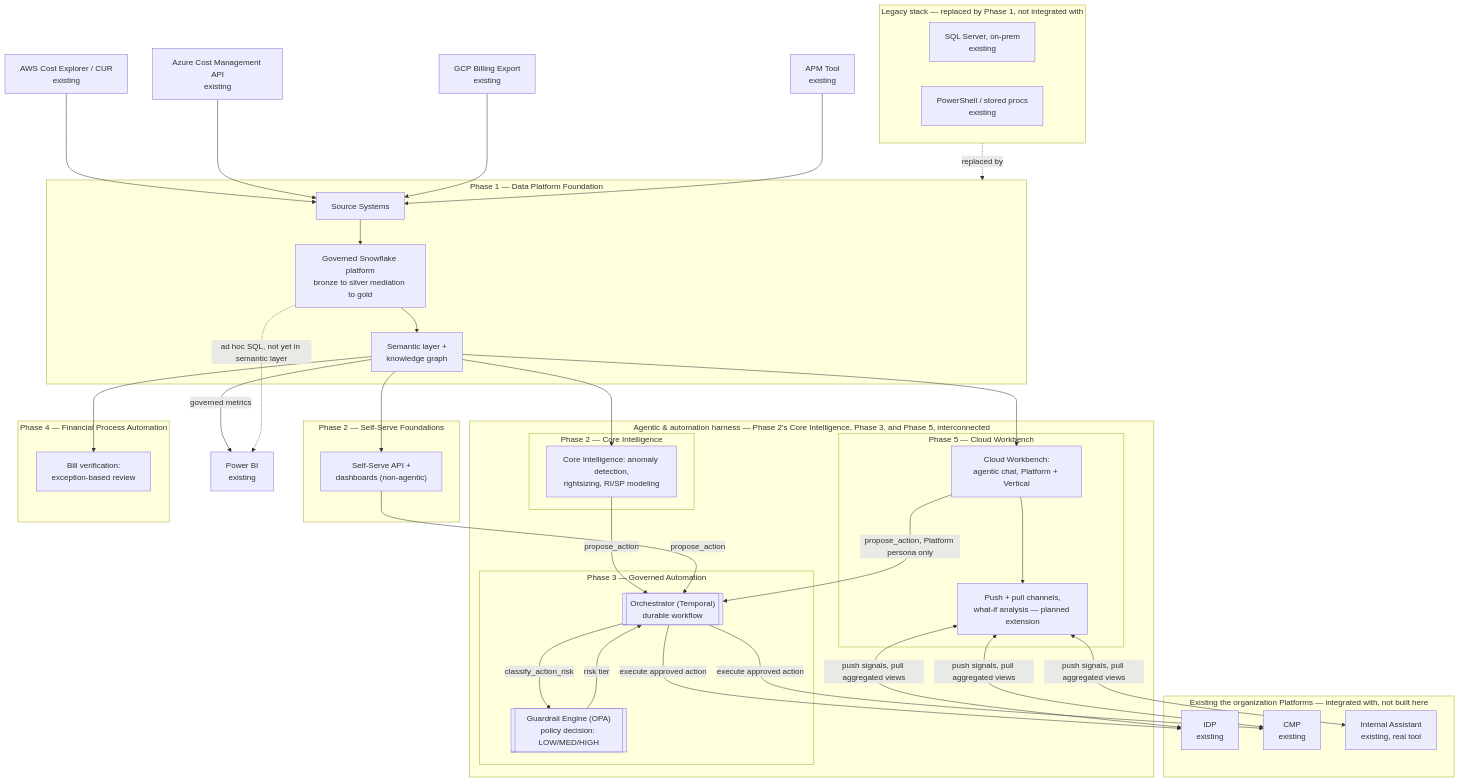
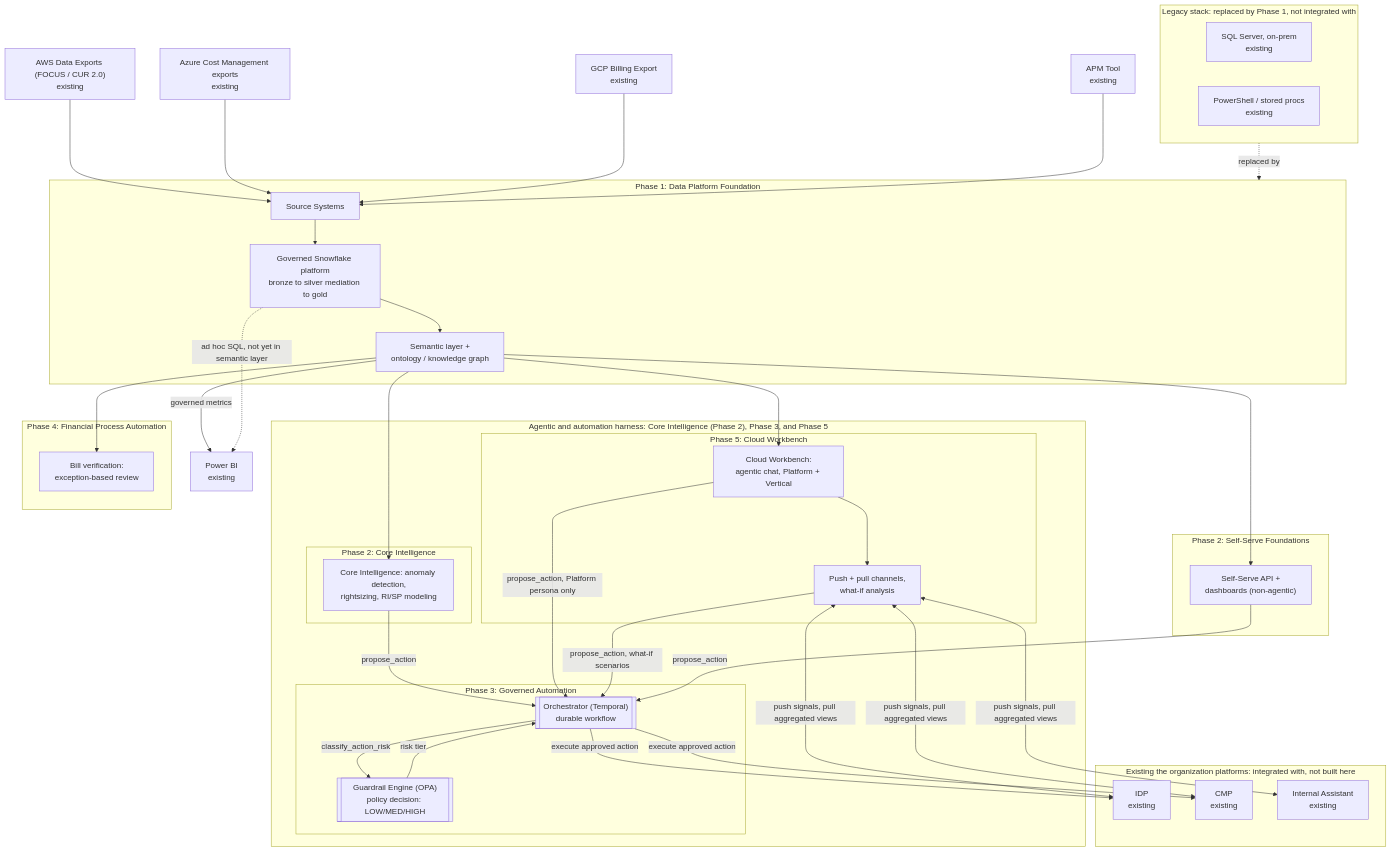
Before and after one commit to mbnest/finops-intelligence-platform: the diagram in docs/FinOps Solution Overview.md, drawn with Mermaid. The commit also changed other lines of this file and 15 other files, not shown here.

First line of the commit message:
Revise architecture docs from review: billing data, ML framing, operating model, rollout, testing, and references

````diff
--- a/docs/FinOps Solution Overview.md
+++ b/docs/FinOps Solution Overview.md
@@ -59,65 +69,66 @@
 ```mermaid
 flowchart TD
-    AWS["AWS Cost Explorer / CUR<br/>existing"] --> SRC["Source Systems"]
-    AZURE["Azure Cost Management API<br/>existing"] --> SRC
+    AWS["AWS Data Exports (FOCUS / CUR 2.0)<br/>existing"] --> SRC["Source Systems"]
+    AZURE["Azure Cost Management exports<br/>existing"] --> SRC
     GCP["GCP Billing Export<br/>existing"] --> SRC
     APM["APM Tool<br/>existing"] --> SRC
 
-    subgraph LEGACY["Legacy stack — replaced by Phase 1, not integrated with"]
+    subgraph LEGACY["Legacy stack: replaced by Phase 1, not integrated with"]
         SQLSVR["SQL Server, on-prem<br/>existing"]
         PSPROC["PowerShell / stored procs<br/>existing"]
     end
     LEGACY -.->|replaced by| P1
 
-    subgraph P1["Phase 1 — Data Platform Foundation"]
+    subgraph P1["Phase 1: Data Platform Foundation"]
         SRC --> LAKE["Governed Snowflake platform<br/>bronze to silver mediation to gold"]
-        LAKE --> SEM["Semantic layer +<br/>knowledge graph"]
+        LAKE --> SEM["Semantic layer +<br/>ontology / knowledge graph"]
     end
 
     SEM -->|governed metrics| PBI["Power BI<br/>existing"]
     LAKE -.->|ad hoc SQL, not yet in semantic layer| PBI
 
-    subgraph P2SS["Phase 2 — Self-Serve Foundations"]
+    subgraph P2SS["Phase 2: Self-Serve Foundations"]
         SEM --> API["Self-Serve API +<br/>dashboards (non-agentic)"]
     end
 
-    subgraph HARNESS["Agentic & automation harness — Phase 2's Core Intelligence, Phase 3, and Phase 5, interconnected"]
-        subgraph P2CI["Phase 2 — Core Intelligence"]
+    subgraph HARNESS["Agentic and automation harness: Core Intelligence (Phase 2), Phase 3, and Phase 5"]
+        subgraph P2CI["Phase 2: Core Intelligence"]
             SEM --> MLOPS["Core Intelligence: anomaly detection,<br/>rightsizing, RI/SP modeling"]
         end
 
-        subgraph P3["Phase 3 — Governed Automation"]
+        subgraph P3["Phase 3: Governed Automation"]
             ORCH[["Orchestrator (Temporal)<br/>durable workflow"]]
             GUARD[["Guardrail Engine (OPA)<br/>policy decision: LOW/MED/HIGH"]]
             ORCH -->|classify_action_risk| GUARD
             GUARD -->|risk tier| ORCH
         end
 
-        subgraph P5["Phase 5 — Cloud Workbench"]
+        subgraph P5["Phase 5: Cloud Workbench"]
             SEM --> CW["Cloud Workbench:<br/>agentic chat, Platform + Vertical"]
-            CW --> CWEXP["Push + pull channels,<br/>what-if analysis — planned extension"]
+            CW --> CWEXP["Push + pull channels,<br/>what-if analysis"]
         end
 
         MLOPS -->|propose_action| ORCH
         CW -->|propose_action, Platform persona only| ORCH
+        CWEXP -->|propose_action, what-if scenarios| ORCH
     end
 
     API -->|propose_action| ORCH
 
-    subgraph EXIST["Existing the organization Platforms — integrated with, not built here"]
+    subgraph EXIST["Existing the organization platforms: integrated with, not built here"]
         IDP["IDP<br/>existing"]
         CMP["CMP<br/>existing"]
-        CASST["Internal Assistant<br/>existing, real tool"]
+        CASST["Internal Assistant<br/>existing"]
     end
 
     ORCH -->|execute approved action| IDP
     ORCH -->|execute approved action| CMP
 
-    subgraph P4["Phase 4 — Financial Process Automation"]
+    subgraph P4["Phase 4: Financial Process Automation"]
         SEM --> BILL["Bill verification:<br/>exception-based review"]
     end
 
     CWEXP <-->|push signals, pull aggregated views| IDP
     CWEXP <-->|push signals, pull aggregated views| CMP
     CWEXP <-->|push signals, pull aggregated views| CASST
 ```
````
